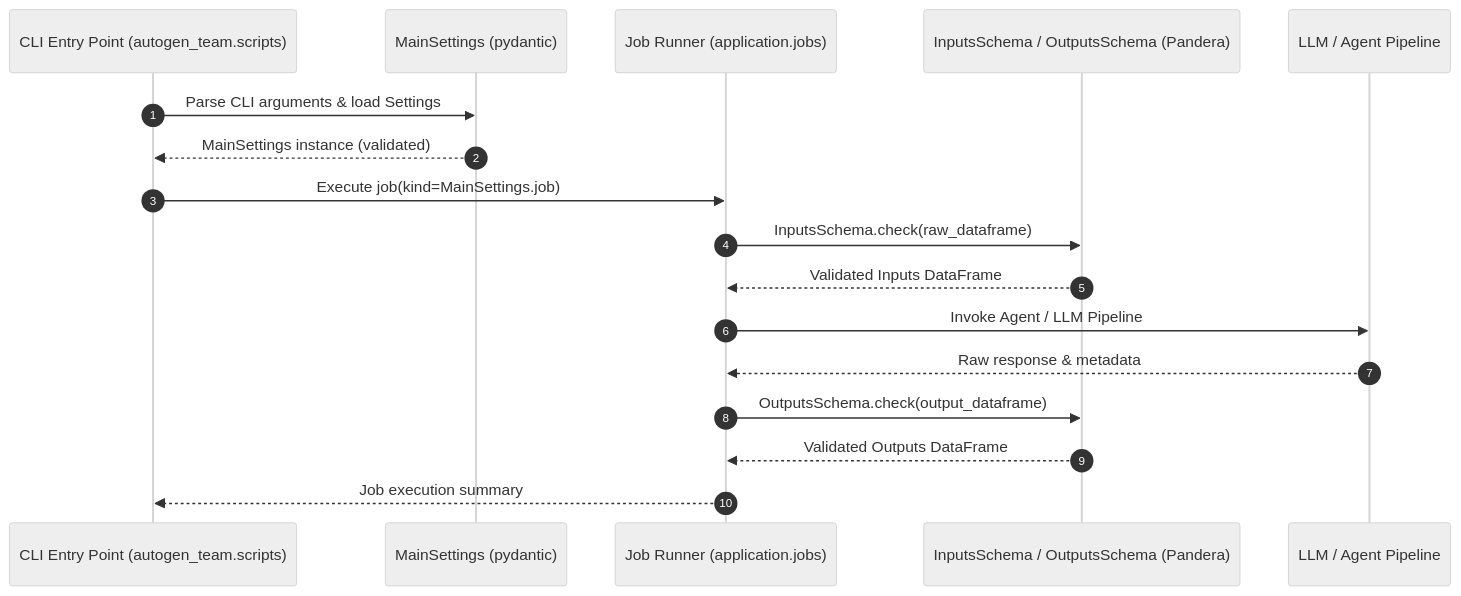
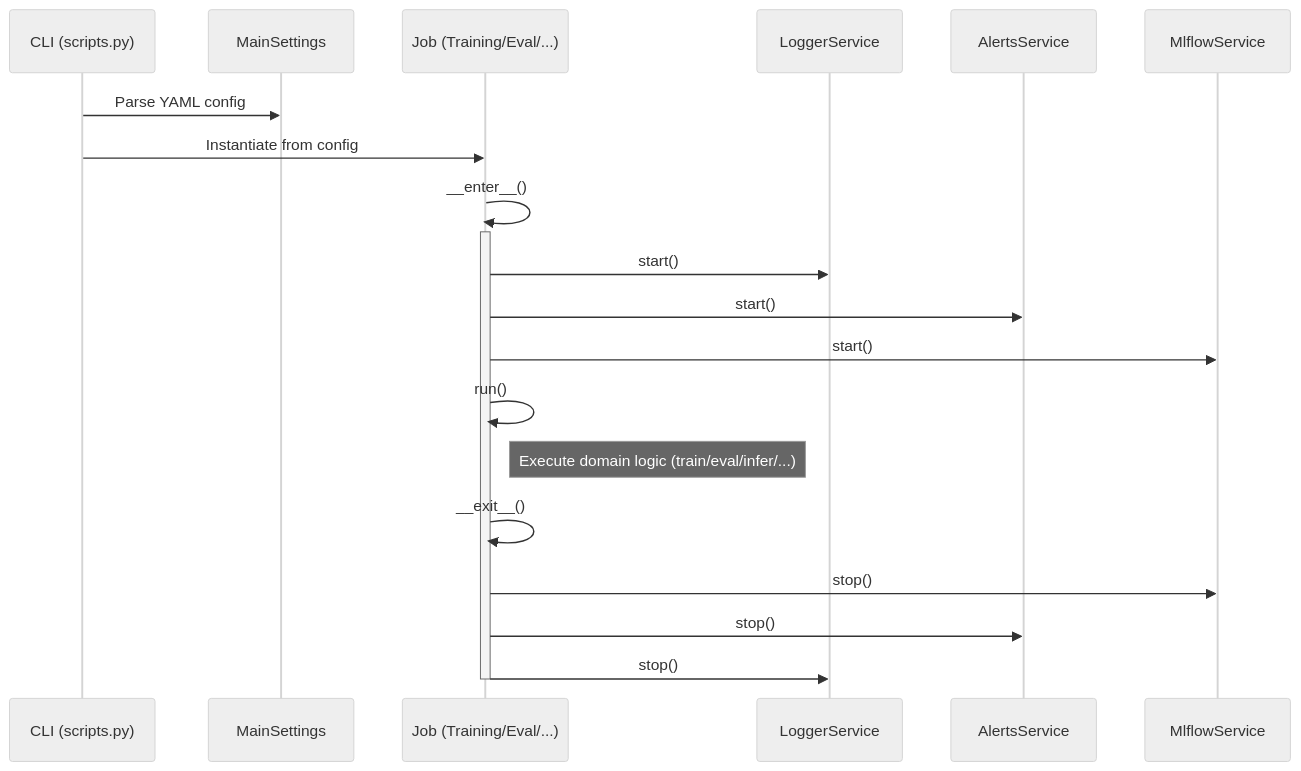
One commit to lgcorzo/llmops-python-package changed the fourth of 4 diagrams in openwiki/architecture/runtime_sequences.md. Above: the diagram before and after it, drawn with Mermaid (neutral theme). The commit also changed other lines of this file and 39 other files, not shown here.

Commit message:
refactor: overhaul architecture documentation, modularize OpenWiki structure, and add project infrastructure hooks

````diff
--- a/openwiki/architecture/runtime_sequences.md
+++ b/openwiki/architecture/runtime_sequences.md
@@ -15,20 +182,27 @@
 ```mermaid
 sequenceDiagram
-    autonumber
-    participant CLI as CLI Entry Point (autogen_team.scripts)
-    participant Config as MainSettings (pydantic)
-    participant Runner as Job Runner (application.jobs)
-    participant Schema as InputsSchema / OutputsSchema (Pandera)
-    participant Model as LLM / Agent Pipeline
+    participant CLI as CLI (scripts.py)
+    participant Settings as MainSettings
+    participant Job as Job (Training/Eval/...)
+    participant Logger as LoggerService
+    participant Alerts as AlertsService
+    participant MLflow as MlflowService
 
-    CLI->>Config: Parse CLI arguments & load Settings
-    Config-->>CLI: MainSettings instance (validated)
-    CLI->>Runner: Execute job(kind=MainSettings.job)
-    Runner->>Schema: InputsSchema.check(raw_dataframe)
-    Schema-->>Runner: Validated Inputs DataFrame
-    Runner->>Model: Invoke Agent / LLM Pipeline
-    Model-->>Runner: Raw response & metadata
-    Runner->>Schema: OutputsSchema.check(output_dataframe)
-    Schema-->>Runner: Validated Outputs DataFrame
-    Runner-->>CLI: Job execution summary
+    CLI->>Settings: Parse YAML config
+    CLI->>Job: Instantiate from config
+
+    Job->>Job: __enter__()
+    activate Job
+    Job->>Logger: start()
+    Job->>Alerts: start()
+    Job->>MLflow: start()
+
+    Job->>Job: run()
+    Note right of Job: Execute domain logic (train/eval/infer/...)
+
+    Job->>Job: __exit__()
+    Job->>MLflow: stop()
+    Job->>Alerts: stop()
+    Job->>Logger: stop()
+    deactivate Job
 ```
````
